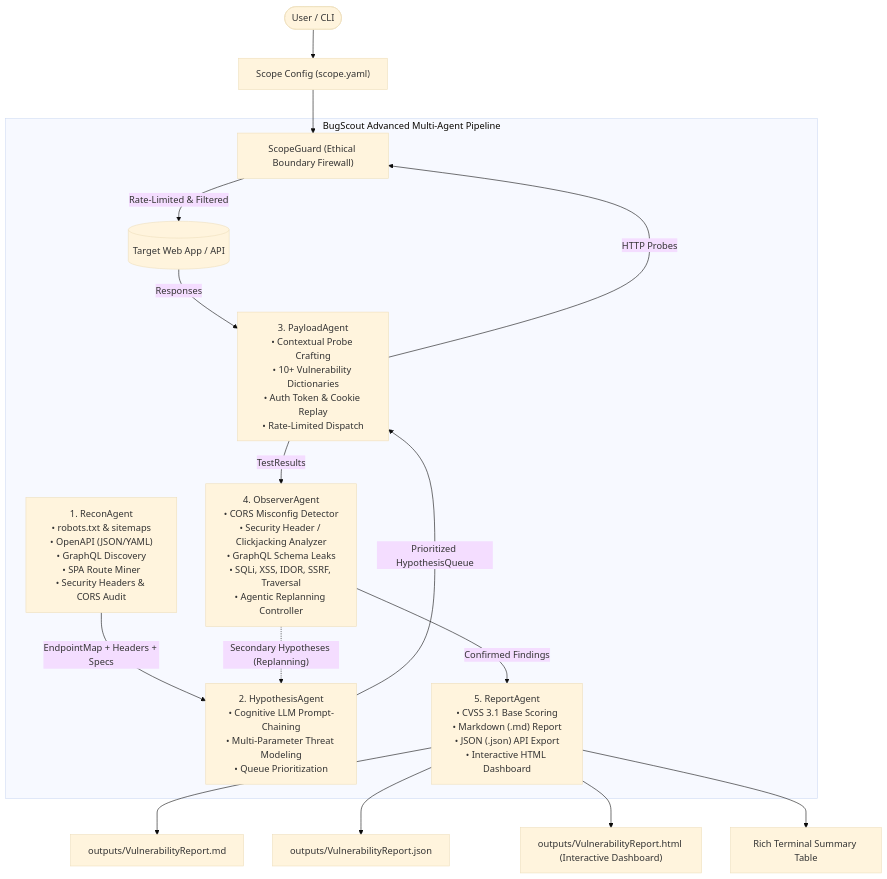
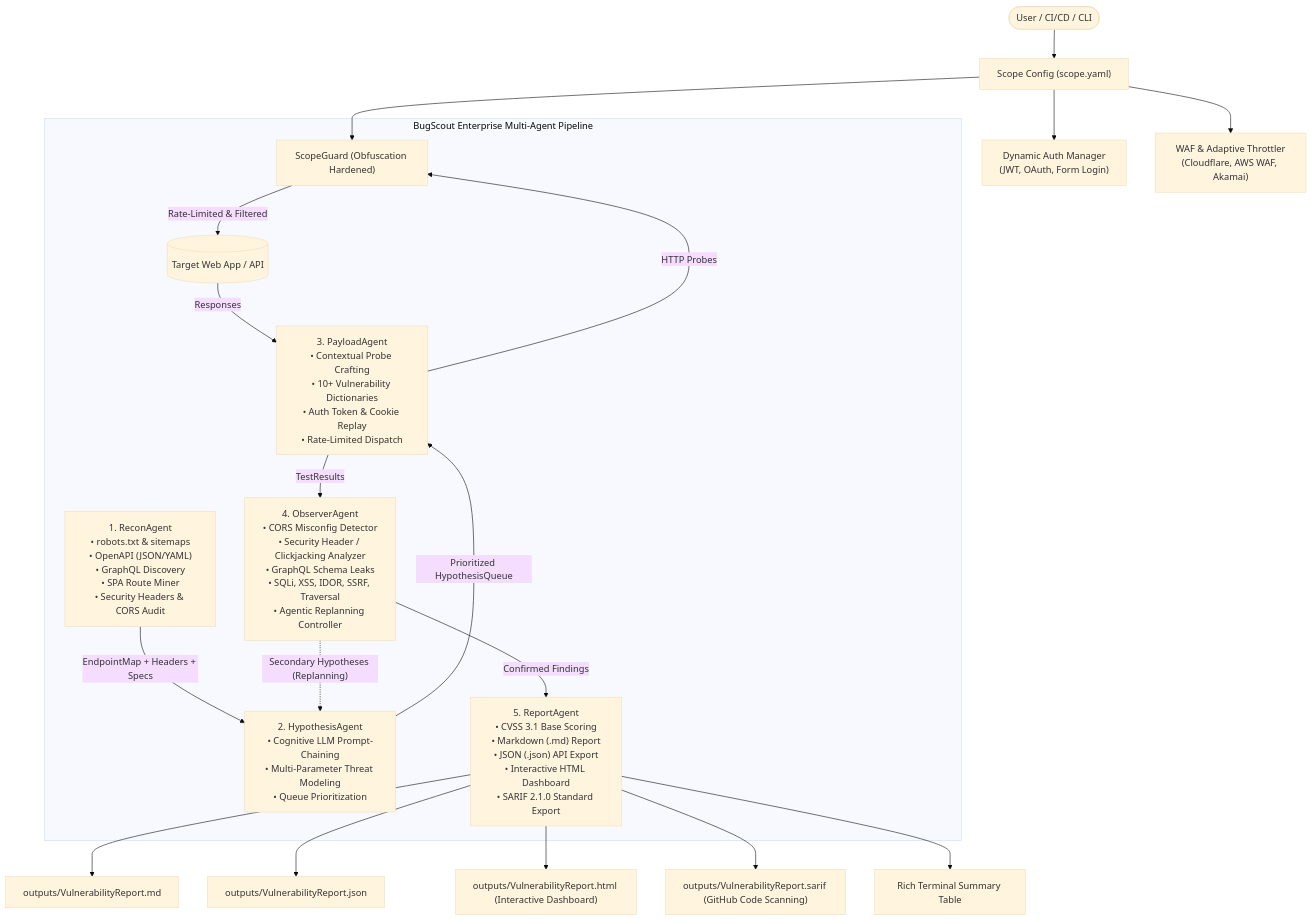
The diagram in README.md (VedantPanchal23/BugScout), drawn with Mermaid (base theme) before and after one commit. The commit also changed other lines of this file, not shown here.

Commit message:
docs: document v3 enterprise architecture, SARIF 2.1.0, Docker, CI/CD, and WAF resilience

````diff
--- a/README.md
+++ b/README.md
@@ -26,28 +28,31 @@
 ```mermaid
 flowchart TD
-    User(["User / CLI"]) --> ScopeFile["Scope Config (scope.yaml)"]
-    ScopeFile --> SG["ScopeGuard (Ethical Boundary Firewall)"]
+    User(["User / CI/CD / CLI"]) --> ScopeFile["Scope Config (scope.yaml)"]
+    ScopeFile --> Auth["Dynamic Auth Manager\n(JWT, OAuth, Form Login)"]
+    ScopeFile --> SG["ScopeGuard (Obfuscation Hardened)"]
+    ScopeFile --> WAF["WAF & Adaptive Throttler\n(Cloudflare, AWS WAF, Akamai)"]
 
-    subgraph Agentic_Pipeline["BugScout Advanced Multi-Agent Pipeline"]
+    subgraph Agentic_Pipeline["BugScout Enterprise Multi-Agent Pipeline"]
         Recon["1. ReconAgent\n• robots.txt & sitemaps\n• OpenAPI (JSON/YAML)\n• GraphQL Discovery\n• SPA Route Miner\n• Security Headers & CORS Audit"]
         Hypothesis["2. HypothesisAgent\n• Cognitive LLM Prompt-Chaining\n• Multi-Parameter Threat Modeling\n• Queue Prioritization"]
         Payload["3. PayloadAgent\n• Contextual Probe Crafting\n• 10+ Vulnerability Dictionaries\n• Auth Token & Cookie Replay\n• Rate-Limited Dispatch"]
         Observer["4. ObserverAgent\n• CORS Misconfig Detector\n• Security Header / Clickjacking Analyzer\n• GraphQL Schema Leaks\n• SQLi, XSS, IDOR, SSRF, Traversal\n• Agentic Replanning Controller"]
-        Report["5. ReportAgent\n• CVSS 3.1 Base Scoring\n• Markdown (.md) Report\n• JSON (.json) API Export\n• Interactive HTML Dashboard"]
+        Report["5. ReportAgent\n• CVSS 3.1 Base Scoring\n• Markdown (.md) Report\n• JSON (.json) API Export\n• Interactive HTML Dashboard\n• SARIF 2.1.0 Standard Export"]
 
         Recon -->|"EndpointMap + Headers + Specs"| Hypothesis
         Hypothesis -->|"Prioritized HypothesisQueue"| Payload
         Payload -->|"HTTP Probes"| SG
         SG -->|"Rate-Limited & Filtered"| Target[("Target Web App / API")]
         Target -->|"Responses"| Payload
         Payload -->|"TestResults"| Observer
         
         Observer -.->|"Secondary Hypotheses (Replanning)"| Hypothesis
         Observer -->|"Confirmed Findings"| Report
     end
 
     Report --> OutMD["outputs/VulnerabilityReport.md"]
     Report --> OutJSON["outputs/VulnerabilityReport.json"]
     Report --> OutHTML["outputs/VulnerabilityReport.html (Interactive Dashboard)"]
+    Report --> OutSARIF["outputs/VulnerabilityReport.sarif (GitHub Code Scanning)"]
     Report --> RichUI["Rich Terminal Summary Table"]
 ```
````
